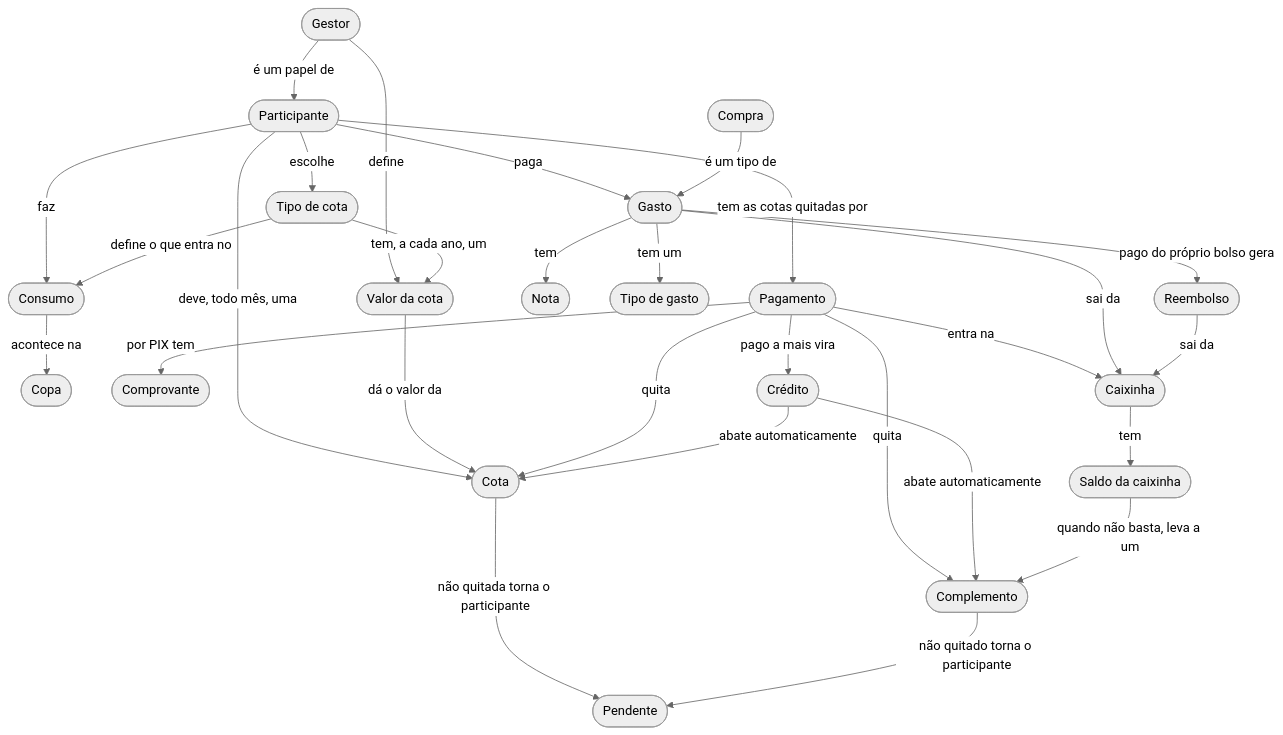
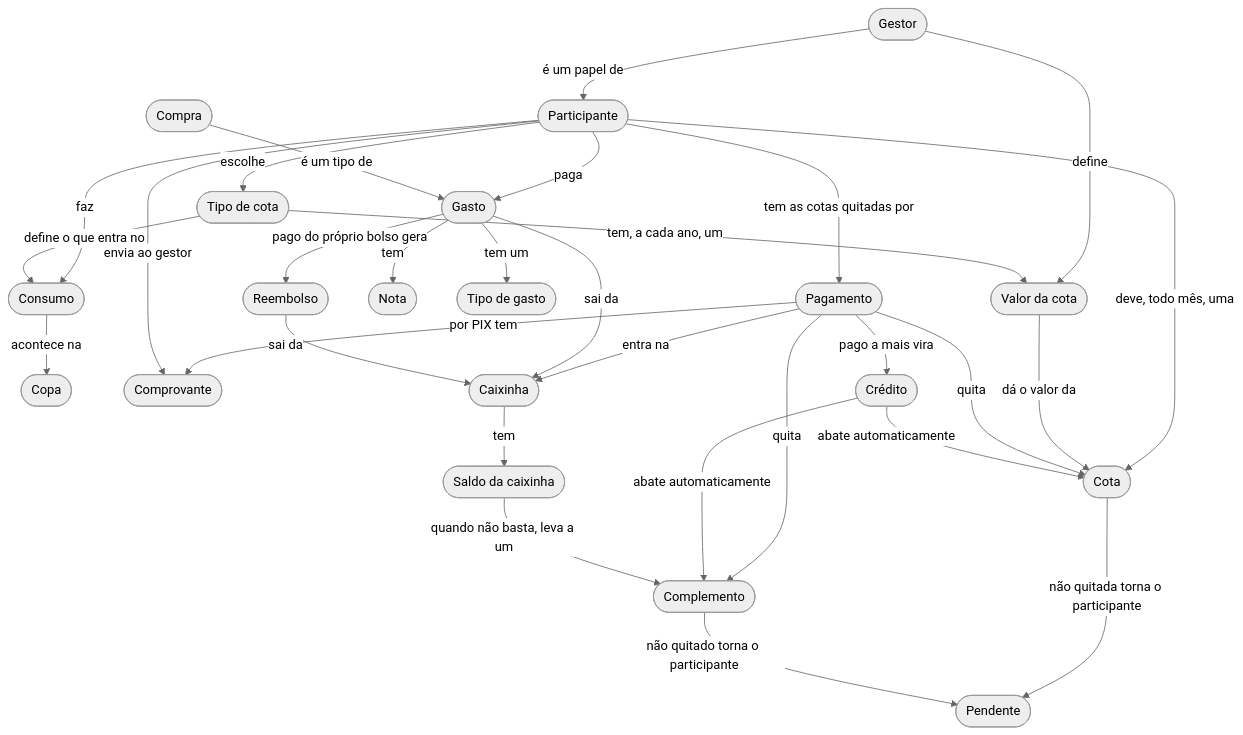
Before and after one commit to hsborges/facoffee-app: the first of 7 diagrams in docs/dominio/MODELOS.md, drawn with Mermaid. The commit also changed other lines of this file and 36 other files, not shown here.

First line of the commit message:
feat(financeiro): participante envia comprovante para o gestor confirmar (#94)

````diff
--- a/docs/dominio/MODELOS.md
+++ b/docs/dominio/MODELOS.md
@@ -27,38 +27,39 @@
 ```mermaid
 %%{init: {"theme": "neutral"}}%%
 flowchart TB
 
     Gestor(["Gestor"]) -- "é um papel de" --> Participante(["Participante"])
     Gestor -- "define" --> ValorDaCota(["Valor da cota"])
 
     Participante -- "escolhe" --> TipoDeCota(["Tipo de cota"])
     TipoDeCota -- "tem, a cada ano, um" --> ValorDaCota
     Participante -- "deve, todo mês, uma" --> Cota(["Cota"])
     ValorDaCota -- "dá o valor da" --> Cota
 
     Participante -- "faz" --> Consumo(["Consumo"])
     TipoDeCota -- "define o que entra no" --> Consumo
     Consumo -- "acontece na" --> Copa(["Copa"])
 
     Participante -- "tem as cotas quitadas por" --> Pagamento(["Pagamento"])
     Pagamento -- "por PIX tem" --> Comprovante(["Comprovante"])
+    Participante -- "envia ao gestor" --> Comprovante
     Pagamento -- "quita" --> Cota
     Pagamento -- "quita" --> Complemento(["Complemento"])
     Pagamento -- "pago a mais vira" --> Credito(["Crédito"])
     Credito -- "abate automaticamente" --> Cota
     Credito -- "abate automaticamente" --> Complemento
     Cota -- "não quitada torna o participante" --> Pendente(["Pendente"])
     Complemento -- "não quitado torna o participante" --> Pendente
 
     Pagamento -- "entra na" --> Caixinha(["Caixinha"])
     Caixinha -- "tem" --> Saldo(["Saldo da caixinha"])
     Saldo -- "quando não basta, leva a um" --> Complemento
 
     Participante -- "paga" --> Gasto(["Gasto"])
     Compra(["Compra"]) -- "é um tipo de" --> Gasto
     Gasto -- "tem" --> Nota(["Nota"])
     Gasto -- "tem um" --> TipoDeGasto(["Tipo de gasto"])
     Gasto -- "sai da" --> Caixinha
     Gasto -- "pago do próprio bolso gera" --> Reembolso(["Reembolso"])
     Reembolso -- "sai da" --> Caixinha
 ```
````
